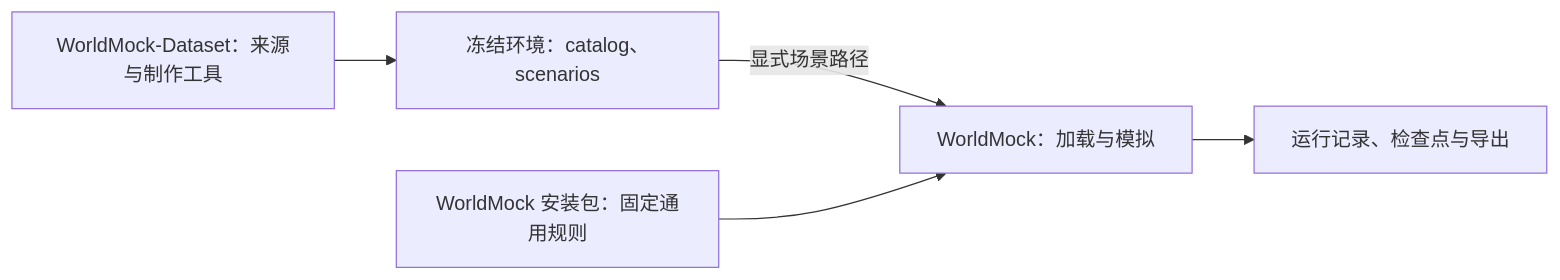
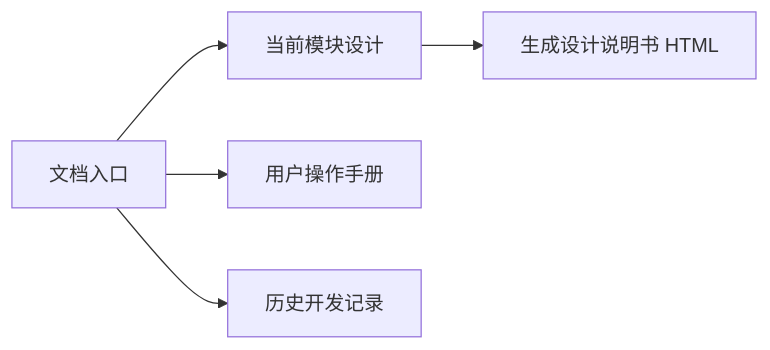
One commit to HoldThatThgt/WorldMock changed the diagram in docs/INDEX.md. Above: the diagram before and after it, drawn with Mermaid. The commit also changed other lines of this file and 875 other files, not shown here.

````diff
--- a/docs/INDEX.md
+++ b/docs/INDEX.md
@@ -29,7 +7,7 @@
 ```mermaid
 flowchart LR
-    D[WorldMock-Dataset：来源与制作工具] --> E[冻结环境：catalog、scenarios]
-    E -->|显式场景路径| W[WorldMock：加载与模拟]
-    P[WorldMock 安装包：固定通用规则] --> W
-    W --> R[运行记录、检查点与导出]
+    I[文档入口] --> D[当前模块设计]
+    I --> M[用户操作手册]
+    I --> H[历史开发记录]
+    D --> B[生成设计说明书 HTML]
 ```
````
